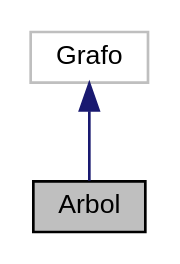
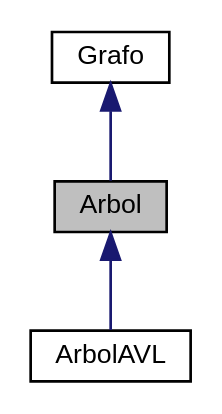
Before and after one commit to fcc-2018/arboles-avl: the diagram in docs/classArbol__inherit__graph.dot, drawn with Graphviz. The commit also changed 272 other files, not shown here.

```diff
--- a/docs/classArbol__inherit__graph.dot
+++ b/docs/classArbol__inherit__graph.dot
@@ -1,8 +1,10 @@
 digraph "Arbol"
 {
   edge [fontname="Helvetica",fontsize="10",labelfontname="Helvetica",labelfontsize="10"];
   node [fontname="Helvetica",fontsize="10",shape=record];
   Node0 [label="Arbol",height=0.2,width=0.4,color="black", fillcolor="grey75", style="filled", fontcolor="black"];
   Node1 -> Node0 [dir="back",color="midnightblue",fontsize="10",style="solid",fontname="Helvetica"];
-  Node1 [label="Grafo",height=0.2,width=0.4,color="grey75", fillcolor="white", style="filled"];
+  Node1 [label="Grafo",height=0.2,width=0.4,color="black", fillcolor="white", style="filled",URL="$classGrafo.html"];
+  Node0 -> Node2 [dir="back",color="midnightblue",fontsize="10",style="solid",fontname="Helvetica"];
+  Node2 [label="ArbolAVL",height=0.2,width=0.4,color="black", fillcolor="white", style="filled",URL="$classArbolAVL.html",tooltip="Implementación de un arbol binario que por cada inserción se corrobore el balance del mismo y se pued..."];
 }
```
